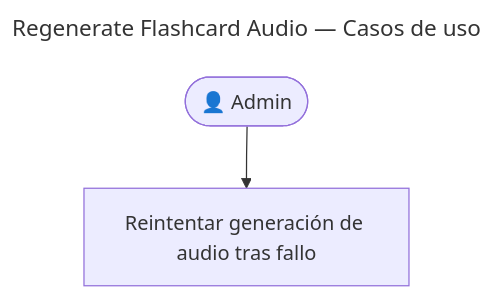
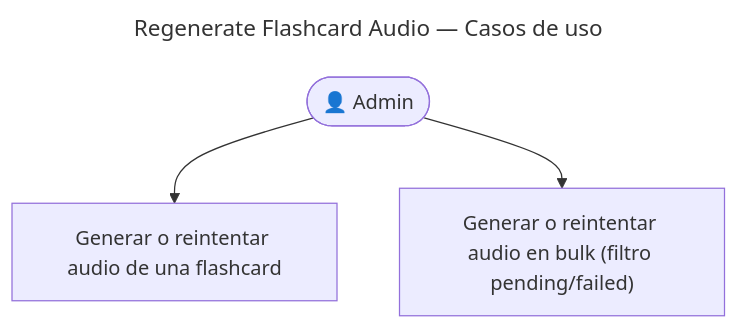
One commit to AbrahamVilchesDeLaCruz/ididntcatchthat changed the diagram in docs/apps/api/content/regenerate-audio/usecases.md. Above: the diagram before and after it, drawn with Mermaid. The commit also changed other lines of this file and 4 other files, not shown here.

First line of the commit message:
docs(flashcards): document REST audio/regenerates and bulk recovery

````diff
--- a/docs/apps/api/content/regenerate-audio/usecases.md
+++ b/docs/apps/api/content/regenerate-audio/usecases.md
@@ -3,11 +3,13 @@
 ```mermaid
 ---
 title: Regenerate Flashcard Audio — Casos de uso
 ---
 graph TB
   Admin(["👤 Admin"])
 
-  UC1["Reintentar generación de audio tras fallo"]
+  UC1["Generar o reintentar audio de una flashcard"]
+  UC2["Generar o reintentar audio en bulk (filtro pending/failed)"]
 
   Admin --> UC1
+  Admin --> UC2
 ```
````
